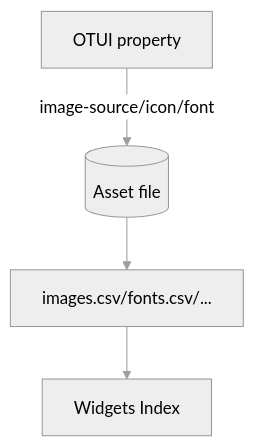
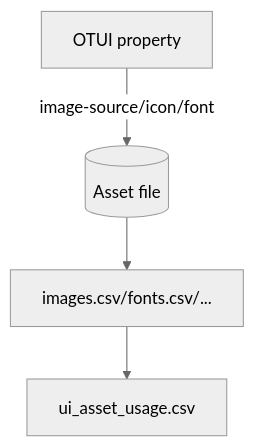
The fourth of 4 diagrams in .github/instructions/chapter_11_data_docs_export_kit_authoring_agent_ready.md (lukaszj321/otcv8-dev), drawn with Mermaid before and after one commit. The commit also changed other lines of this file and 121 other files, not shown here.

````diff
--- a/.github/instructions/chapter_11_data_docs_export_kit_authoring_agent_ready.md
+++ b/.github/instructions/chapter_11_data_docs_export_kit_authoring_agent_ready.md
@@ -237,7 +687,7 @@
 ```{mermaid}
-%%{init: { 'theme': 'neutral', 'themeVariables': { 'primaryTextColor': '#ddd', 'lineColor': '#9aa0a6' } }}%%
+%%{init: { 'theme': 'neutral' }}%%
 graph TD
   I[OTUI property] -->|image-source/icon/font| ASSET[(Asset file)]
   ASSET --> INDEX[images.csv/fonts.csv/...]
-  INDEX --> UI[Widgets Index]
+  INDEX --> UI[ui_asset_usage.csv]
 ```
````
